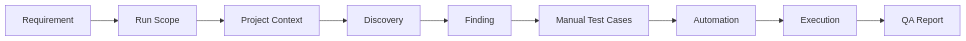
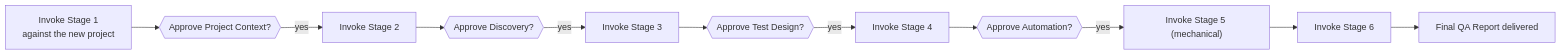
The tenth of 10 diagrams in README.md (HusseinAtaHussein1/AISeatMap), drawn with Mermaid before and after one commit. The commit also changed other lines of this file and 359 other files, not shown here.

Commit message:
refactor: restructure project architecture

````diff
--- a/README.md
+++ b/README.md
@@ -429,21 +711,8 @@
 ```mermaid
 flowchart LR
-
-Requirement
-
---> RunScope["Run Scope"]
-
---> Context["Project Context"]
-
---> Discovery
-
---> Finding
-
---> ManualTests["Manual Test Cases"]
-
---> Automation
-
---> Execution
-
---> Report["QA Report"]
+    A["Invoke Stage 1<br/>against the new project"] --> B{{"Approve Project Context?"}}
+    B -->|yes| C["Invoke Stage 2"] --> D{{"Approve Discovery?"}}
+    D -->|yes| E["Invoke Stage 3"] --> F{{"Approve Test Design?"}}
+    F -->|yes| G["Invoke Stage 4"] --> H{{"Approve Automation?"}}
+    H -->|yes| I["Invoke Stage 5 (mechanical)"] --> J["Invoke Stage 6"] --> K["Final QA Report delivered"]
 ```
````
